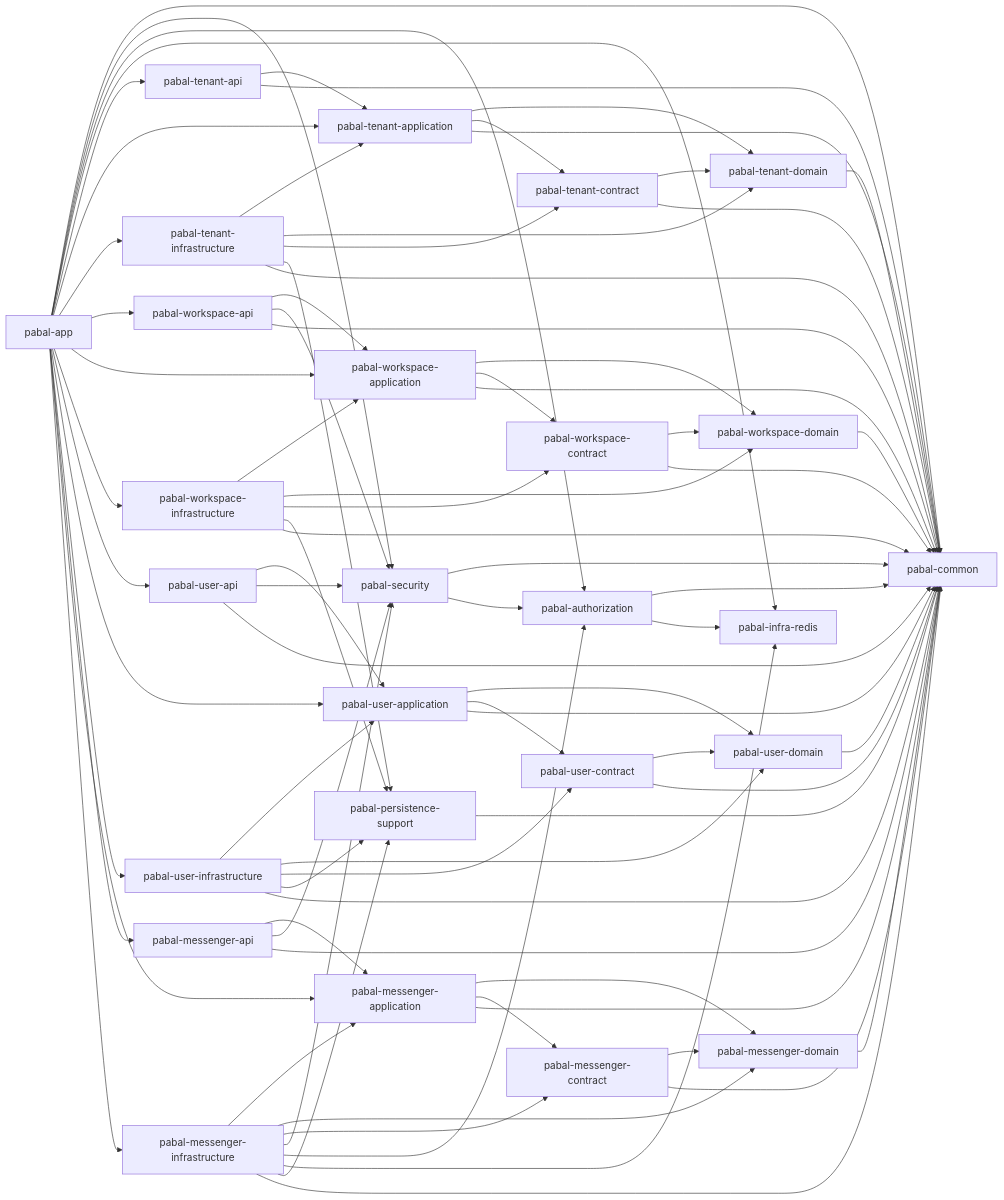
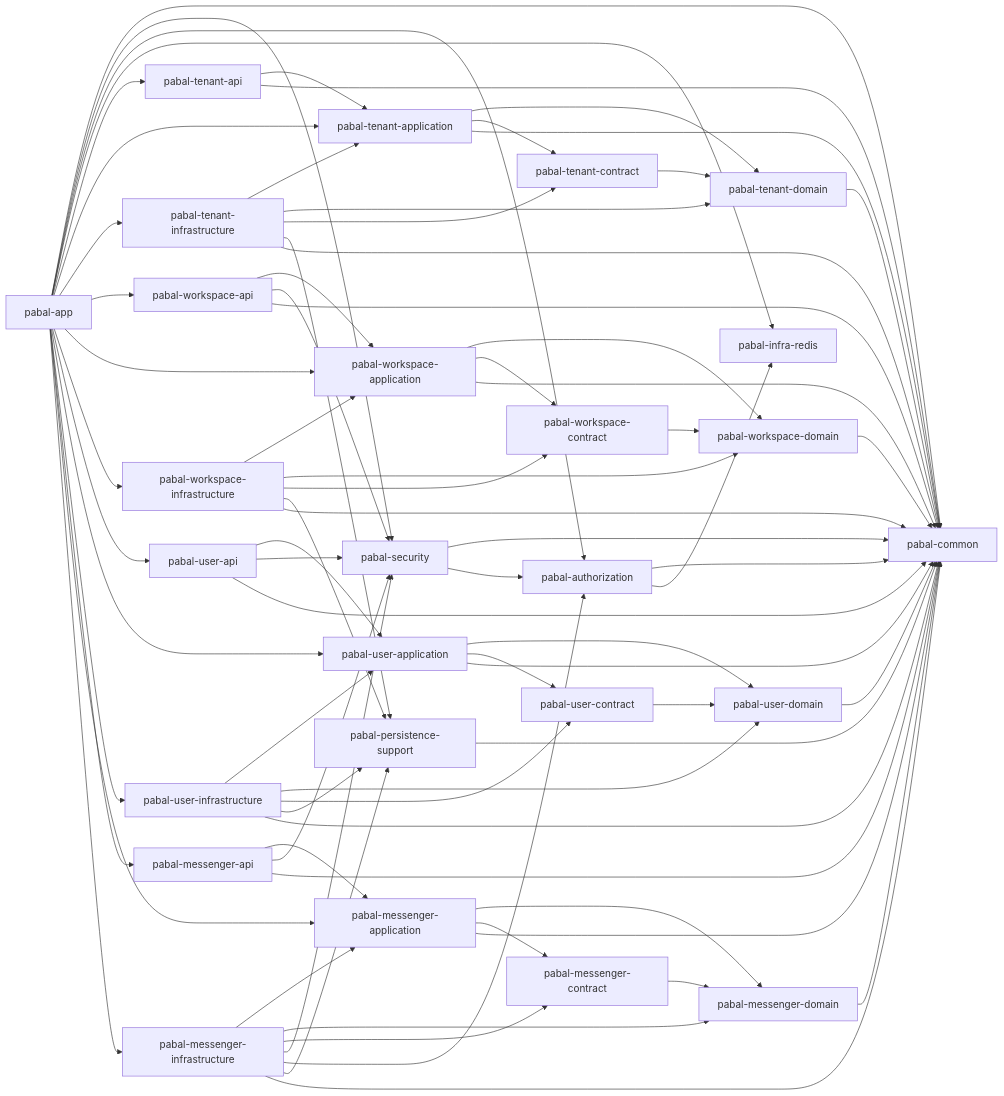
One commit to woojun-k/pabal changed the diagram in docs/architecture/package-structure-and-layers.md. Above: the diagram before and after it, drawn with Mermaid. The commit also changed other lines of this file and 59 other files, not shown here.

````diff
--- a/docs/architecture/package-structure-and-layers.md
+++ b/docs/architecture/package-structure-and-layers.md
@@ -108,7 +116,6 @@
     persistence_support["pabal-persistence-support"] --> common
     tenant_domain["pabal-tenant-domain"] --> common
     tenant_contract["pabal-tenant-contract"] --> tenant_domain
-    tenant_contract --> common
     tenant_application --> tenant_domain
     tenant_application --> tenant_contract
     tenant_application --> common
@@ -122,7 +129,6 @@
 
     workspace_domain["pabal-workspace-domain"] --> common
     workspace_contract["pabal-workspace-contract"] --> workspace_domain
-    workspace_contract --> common
     workspace_application --> workspace_domain
     workspace_application --> workspace_contract
     workspace_application --> common
@@ -137,7 +143,6 @@
 
     user_domain["pabal-user-domain"] --> common
     user_contract["pabal-user-contract"] --> user_domain
-    user_contract --> common
     user_application --> user_domain
     user_application --> user_contract
     user_application --> common
@@ -152,7 +157,6 @@
 
     messenger_domain["pabal-messenger-domain"] --> common
     messenger_contract["pabal-messenger-contract"] --> messenger_domain
-    messenger_contract --> common
     messenger_application --> messenger_domain
     messenger_application --> messenger_contract
     messenger_application --> common
@@ -164,7 +168,6 @@
     messenger_infrastructure --> messenger_contract
     messenger_infrastructure --> security
     messenger_infrastructure --> authorization
-    messenger_infrastructure --> redis
     messenger_infrastructure --> persistence_support
     messenger_infrastructure --> common
 ```
````
